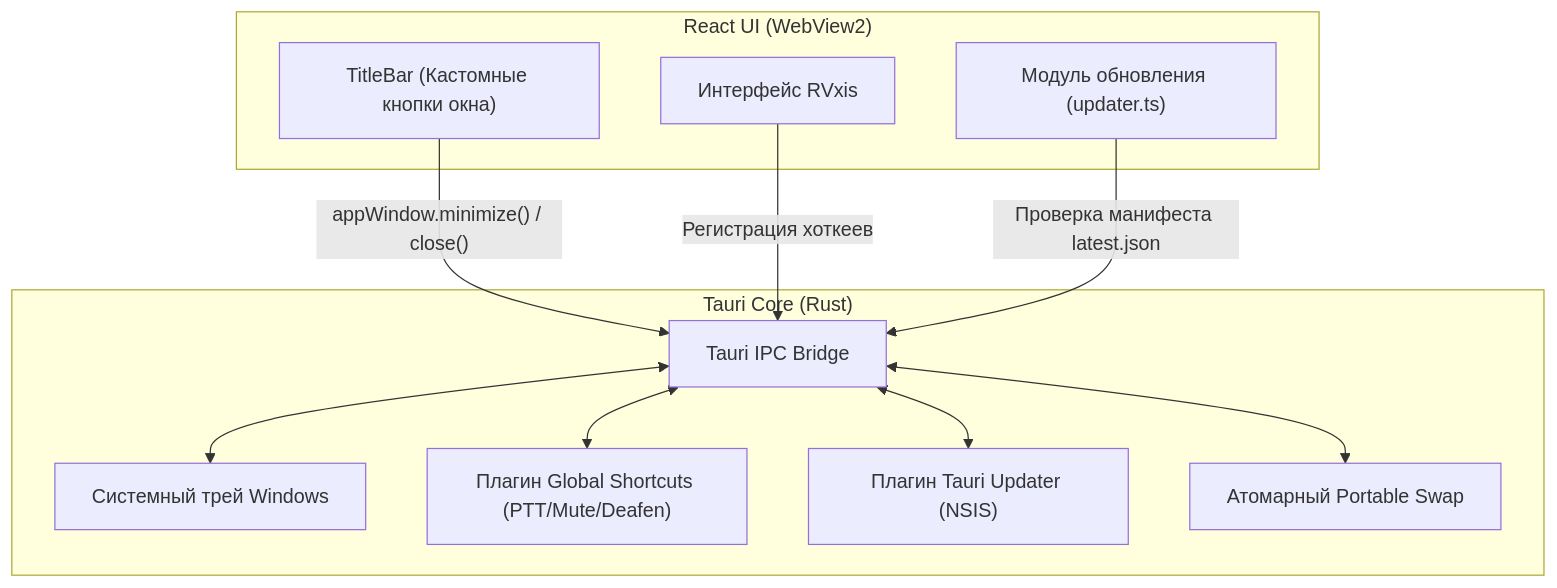
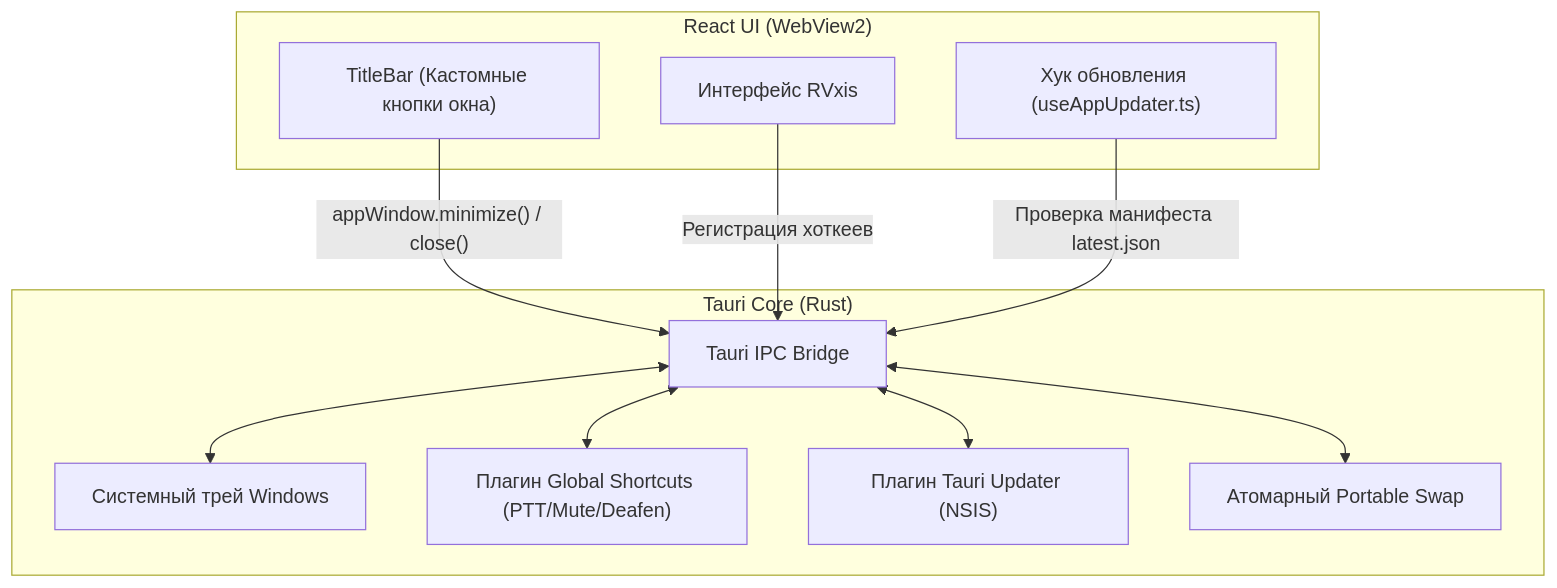
Before and after one commit to railenine/voice-chat: the fifth of 5 diagrams in ARCHITECTURE.md, drawn with Mermaid. The commit also changed other lines of this file and 2 other files, not shown here.

Commit message:
chore: ignore test reports, fix architecture docs and add test:mesh script

````diff
--- a/ARCHITECTURE.md
+++ b/ARCHITECTURE.md
@@ -237,24 +238,24 @@
 ```mermaid
 flowchart TD
     subgraph Frontend["React UI (WebView2)"]
         UI["Интерфейс RVxis"]
         TitleBar["TitleBar (Кастомные кнопки окна)"]
-        UpdaterHook["Модуль обновления (updater.ts)"]
+        UpdaterHook["Хук обновления (useAppUpdater.ts)"]
     end
 
     subgraph TauriCore["Tauri Core (Rust)"]
         IPC["Tauri IPC Bridge"]
         Tray["Системный трей Windows"]
         Shortcuts["Плагин Global Shortcuts (PTT/Mute/Deafen)"]
         NativeUpdater["Плагин Tauri Updater (NSIS)"]
         FS["Атомарный Portable Swap"]
     end
 
     TitleBar -->|"appWindow.minimize() / close()"| IPC
     UI -->|"Регистрация хоткеев"| IPC
     UpdaterHook -->|"Проверка манифеста latest.json"| IPC
     IPC <--> Shortcuts
     IPC <--> NativeUpdater
     IPC <--> Tray
     IPC <--> FS
 ```
````
